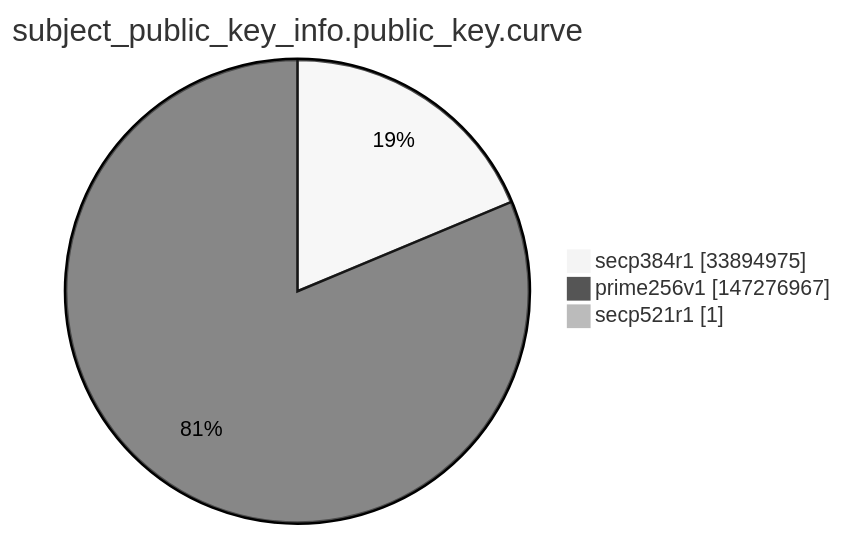
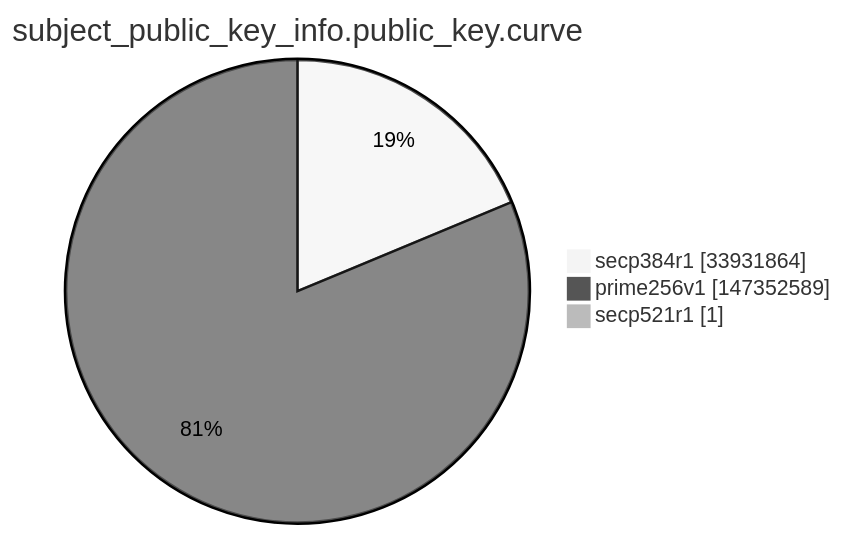
Before and after one commit to christiankrug/ctmonitor_visualization: the ninth of 15 diagrams in argon2022/README.md, drawn with Mermaid (neutral theme). The commit also changed other lines of this file, not shown here.

````diff
--- a/argon2022/README.md
+++ b/argon2022/README.md
@@ -2764,7 +2764,7 @@
 ```mermaid
 pie showData
 title subject_public_key_info.public_key.curve
-"secp384r1" :33894975
-"prime256v1" :147276967
+"secp384r1" :33931864
+"prime256v1" :147352589
 "secp521r1" :1
 ```
````
